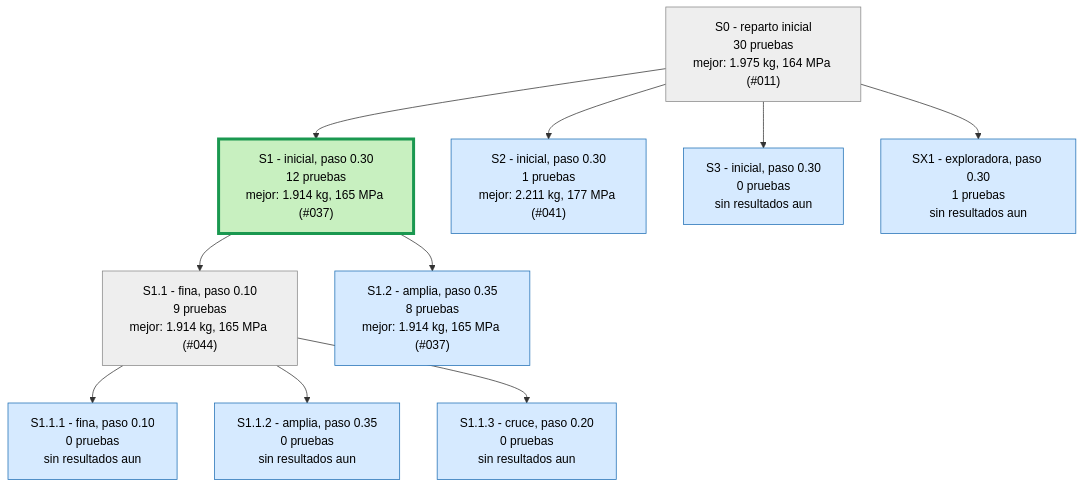
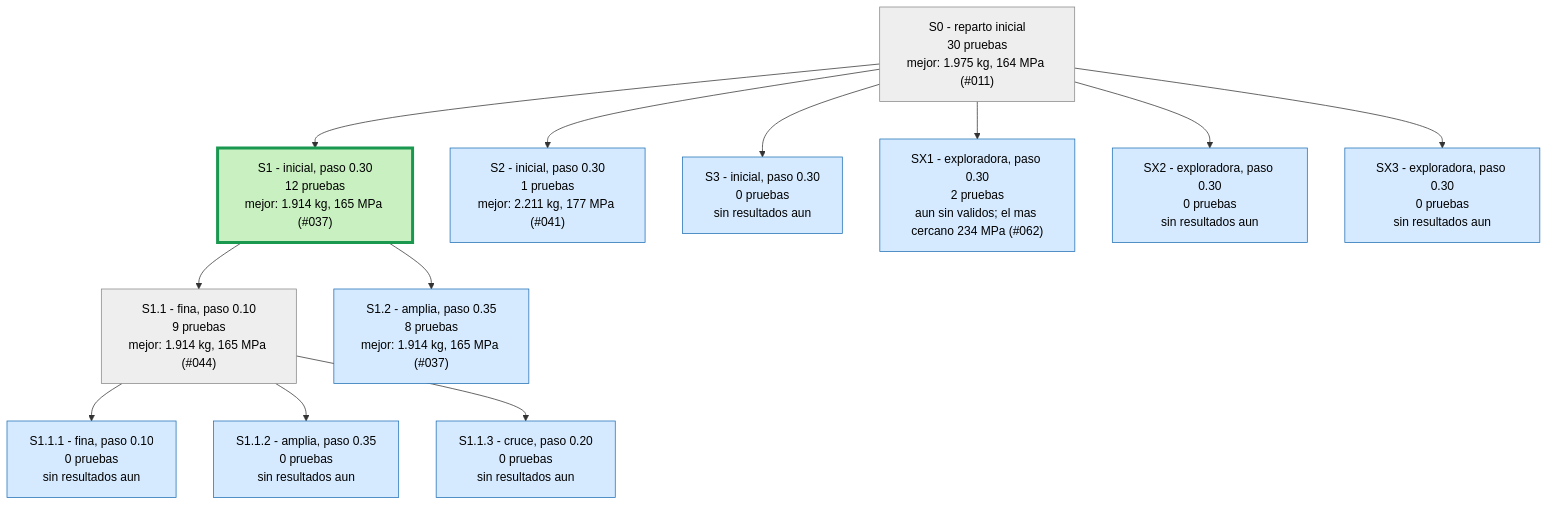
One commit to Hugiko/msd-soporte-optimizacion changed the first of 4 diagrams in runs/opt_37800N/ARBOL.md. Above: the diagram before and after it, drawn with Mermaid. The commit also changed 21 other files, not shown here.

````diff
--- a/runs/opt_37800N/ARBOL.md
+++ b/runs/opt_37800N/ARBOL.md
@@ -9,25 +9,29 @@
 ```mermaid
 graph TD
 classDef activa fill:#d6eaff,stroke:#1f6fb5,color:#000
 classDef fin fill:#eeeeee,stroke:#888,color:#000
 classDef mejor fill:#c8f0c0,stroke:#1a9850,stroke-width:4px,color:#000
 S0["S0 - reparto inicial<br/>30 pruebas<br/>mejor: 1.975 kg, 164 MPa (#011)"]:::fin
 S1["S1 - inicial, paso 0.30<br/>12 pruebas<br/>mejor: 1.914 kg, 165 MPa (#037)"]:::mejor
 S0 --> S1
 S2["S2 - inicial, paso 0.30<br/>1 pruebas<br/>mejor: 2.211 kg, 177 MPa (#041)"]:::activa
 S0 --> S2
 S3["S3 - inicial, paso 0.30<br/>0 pruebas<br/>sin resultados aun"]:::activa
 S0 --> S3
 S1_1["S1.1 - fina, paso 0.10<br/>9 pruebas<br/>mejor: 1.914 kg, 165 MPa (#044)"]:::fin
 S1 --> S1_1
 S1_2["S1.2 - amplia, paso 0.35<br/>8 pruebas<br/>mejor: 1.914 kg, 165 MPa (#037)"]:::activa
 S1 --> S1_2
 S1_1_1["S1.1.1 - fina, paso 0.10<br/>0 pruebas<br/>sin resultados aun"]:::activa
 S1_1 --> S1_1_1
 S1_1_2["S1.1.2 - amplia, paso 0.35<br/>0 pruebas<br/>sin resultados aun"]:::activa
 S1_1 --> S1_1_2
 S1_1_3["S1.1.3 - cruce, paso 0.20<br/>0 pruebas<br/>sin resultados aun"]:::activa
 S1_1 --> S1_1_3
-SX1["SX1 - exploradora, paso 0.30<br/>1 pruebas<br/>sin resultados aun"]:::activa
+SX1["SX1 - exploradora, paso 0.30<br/>2 pruebas<br/>aun sin validos; el mas cercano 234 MPa (#062)"]:::activa
 S0 --> SX1
+SX2["SX2 - exploradora, paso 0.30<br/>0 pruebas<br/>sin resultados aun"]:::activa
+S0 --> SX2
+SX3["SX3 - exploradora, paso 0.30<br/>0 pruebas<br/>sin resultados aun"]:::activa
+S0 --> SX3
 ```
````
